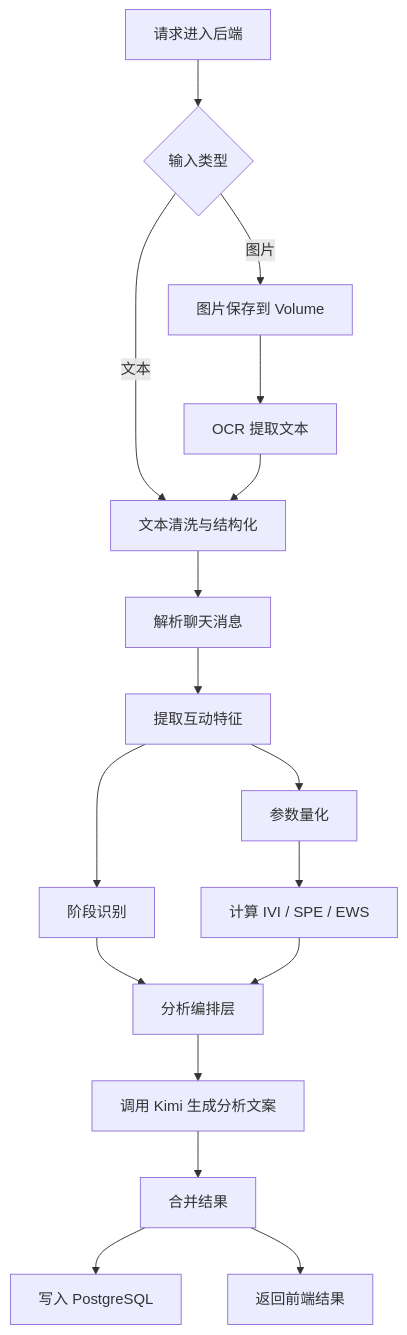
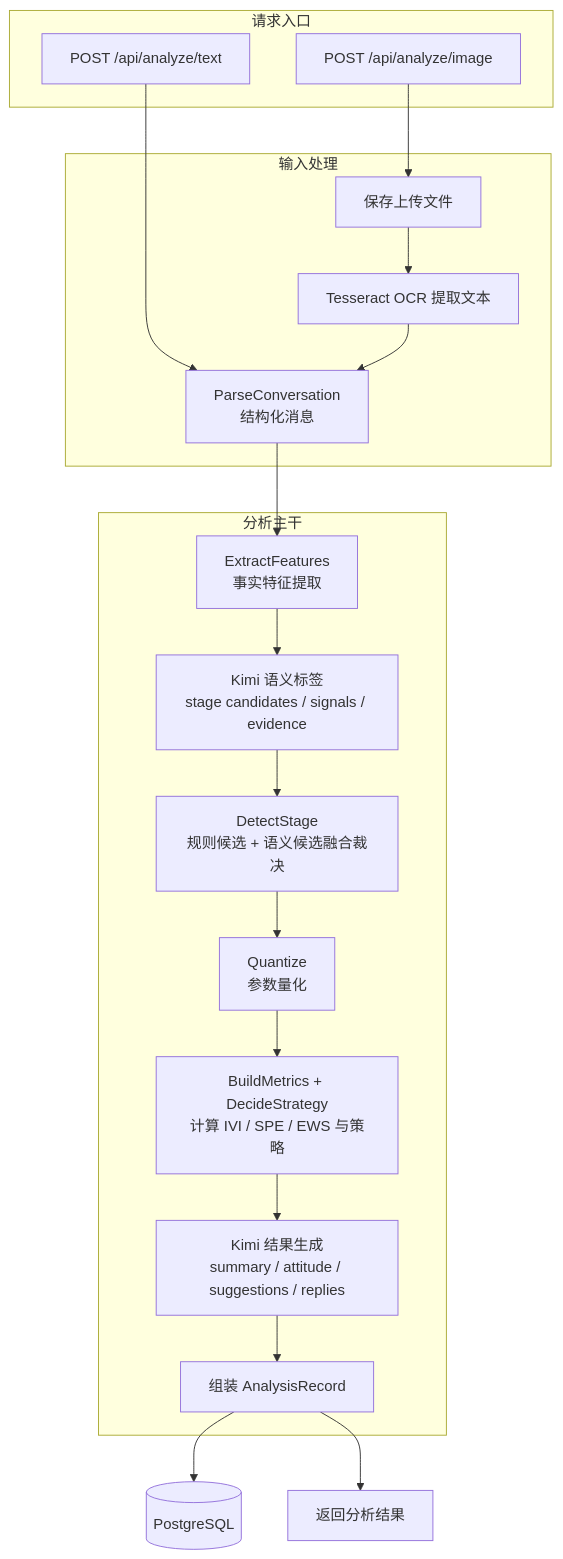
The second of 2 diagrams in README.md (adward-c/senti), drawn with Mermaid before and after one commit. The commit also changed other lines of this file and 12 other files, not shown here.

````diff
--- a/README.md
+++ b/README.md
@@ -31,19 +31,29 @@
 ```mermaid
-flowchart TD
-    A["请求进入后端"] --> B{"输入类型"}
-    B -->|"文本"| C["文本清洗与结构化"]
-    B -->|"图片"| D["图片保存到 Volume"]
-    D --> E["OCR 提取文本"]
-    E --> C
-    C --> F["解析聊天消息"]
-    F --> G["提取互动特征"]
-    G --> H["阶段识别"]
-    G --> I["参数量化"]
-    I --> J["计算 IVI / SPE / EWS"]
-    H --> K["分析编排层"]
-    J --> K
-    K --> M["调用 Kimi 生成分析文案"]
-    M --> O["合并结果"]
-    O --> P["写入 PostgreSQL"]
-    O --> Q["返回前端结果"]
+flowchart TB
+    subgraph ENTRY["请求入口"]
+        T["POST /api/analyze/text"]
+        I["POST /api/analyze/image"]
+    end
+
+    subgraph INGEST["输入处理"]
+        U["保存上传文件"]
+        O["Tesseract OCR 提取文本"]
+        P["ParseConversation<br/>结构化消息"]
+    end
+
+    subgraph ANALYZE["分析主干"]
+        F["ExtractFeatures<br/>事实特征提取"]
+        S["Kimi 语义标签<br/>stage candidates / signals / evidence"]
+        D["DetectStage<br/>规则候选 + 语义候选融合裁决"]
+        Q["Quantize<br/>参数量化"]
+        M["BuildMetrics + DecideStrategy<br/>计算 IVI / SPE / EWS 与策略"]
+        N["Kimi 结果生成<br/>summary / attitude / suggestions / replies"]
+        R["组装 AnalysisRecord"]
+    end
+
+    T --> P
+    I --> U --> O --> P
+    P --> F --> S --> D --> Q --> M --> N --> R
+    R --> DB[("PostgreSQL")]
+    R --> API["返回分析结果"]
 ```
````
